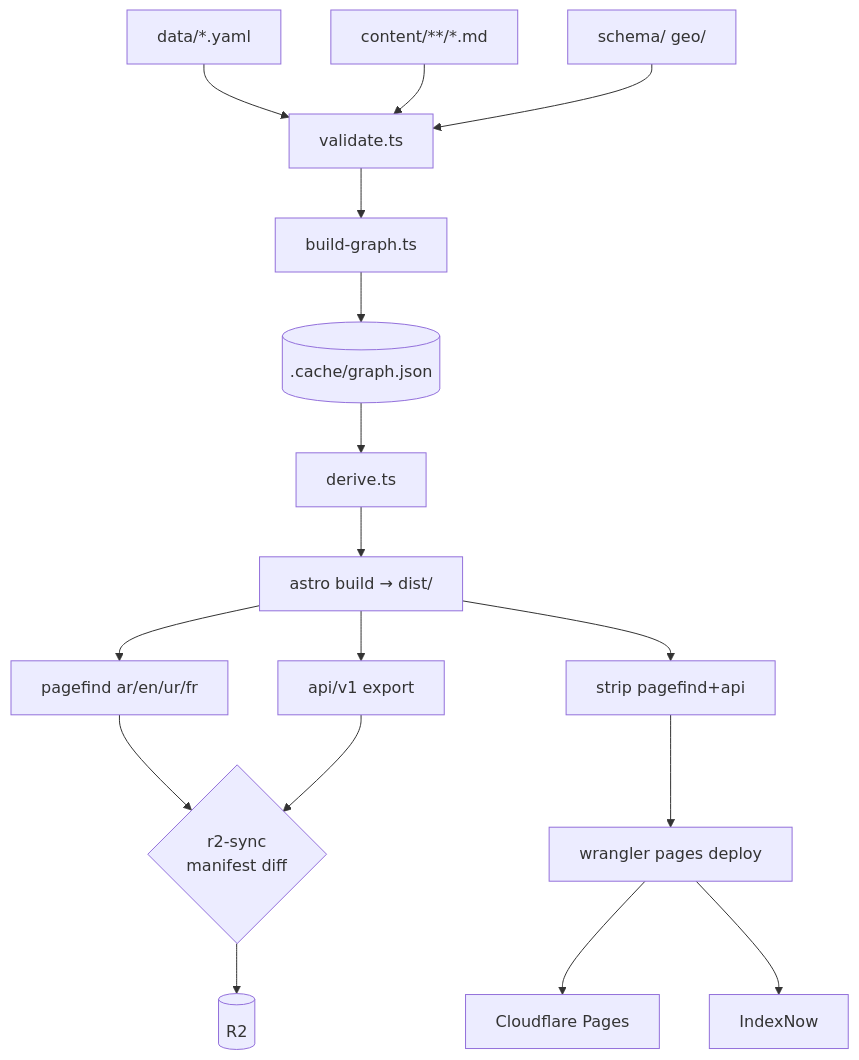
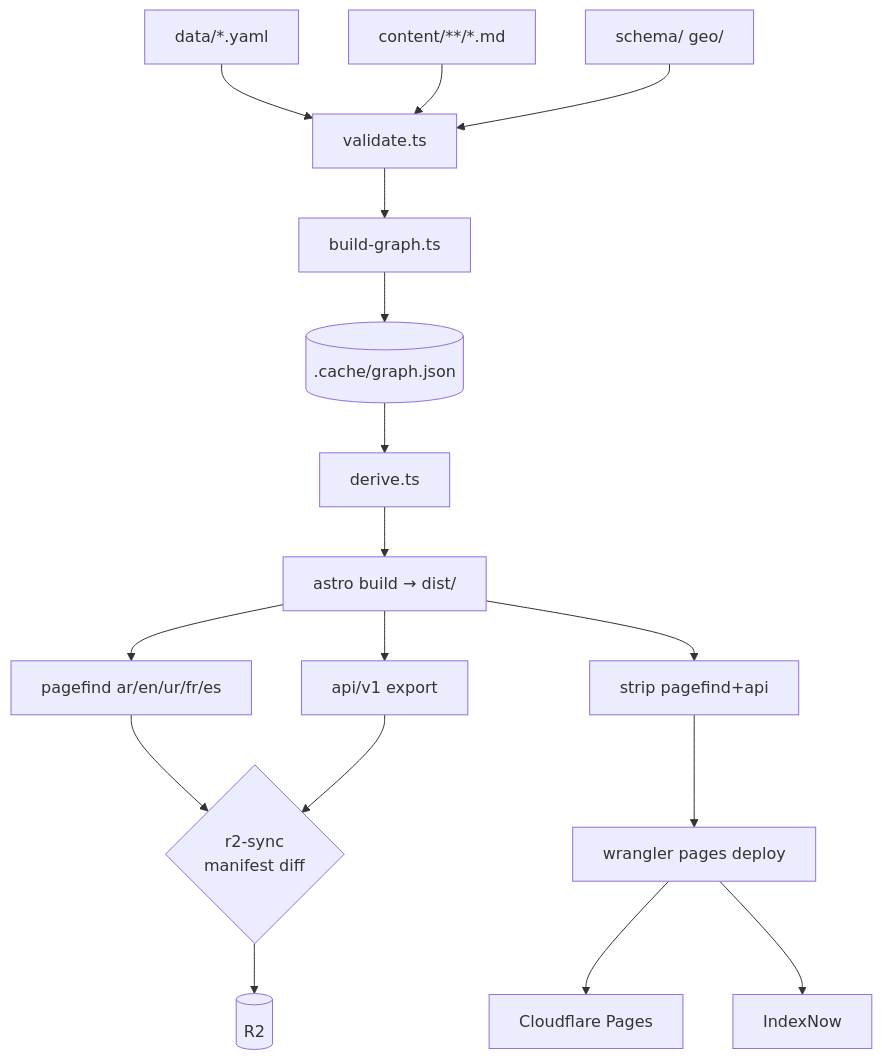
Before and after one commit to amado2k5/islam-museum: the second of 8 diagrams in docs/engineering/diagrams.md, drawn with Mermaid. The commit also changed other lines of this file and 69 other files, not shown here.

````diff
--- a/docs/engineering/diagrams.md
+++ b/docs/engineering/diagrams.md
@@ -32,17 +32,17 @@
 ```mermaid
 flowchart TD
     D[data/*.yaml] & C[content/**/*.md] & S[schema/ geo/] --> V[validate.ts]
     V --> BG[build-graph.ts]
     BG --> GJ[(.cache/graph.json)]
     GJ --> DV[derive.ts]
     DV --> AB[astro build → dist/]
-    AB --> PF[pagefind ar/en/ur/fr]
+    AB --> PF[pagefind ar/en/ur/fr/es]
     AB --> API[api/v1 export]
     PF --> R2S{r2-sync<br/>manifest diff}
     API --> R2S
     R2S --> R2[(R2)]
     AB --> STRIP[strip pagefind+api]
     STRIP --> DEP[wrangler pages deploy]
     DEP --> CFP[Cloudflare Pages]
     DEP --> IN[IndexNow]
 ```
````
